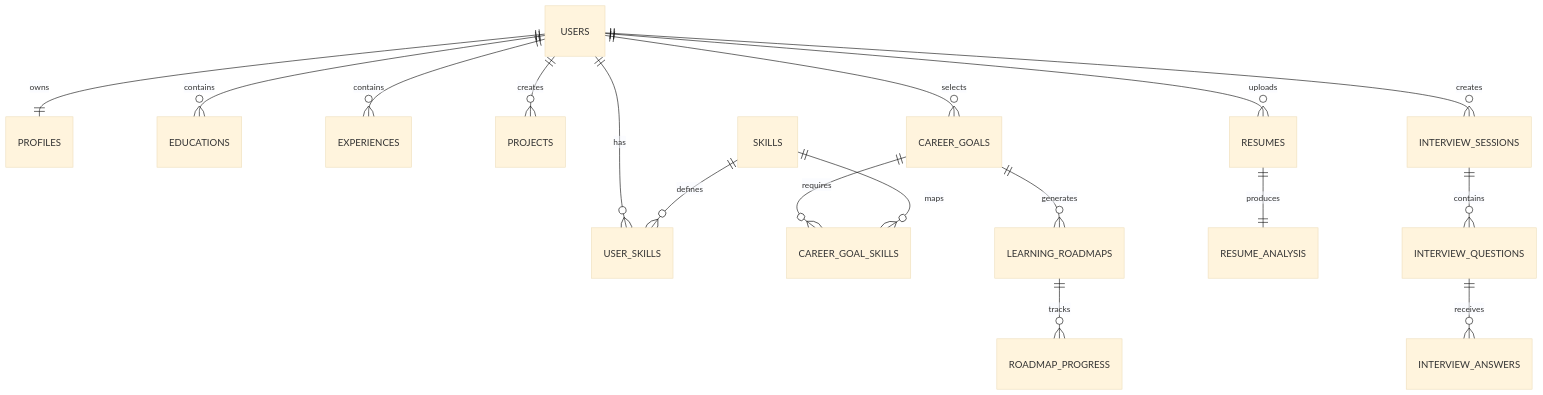
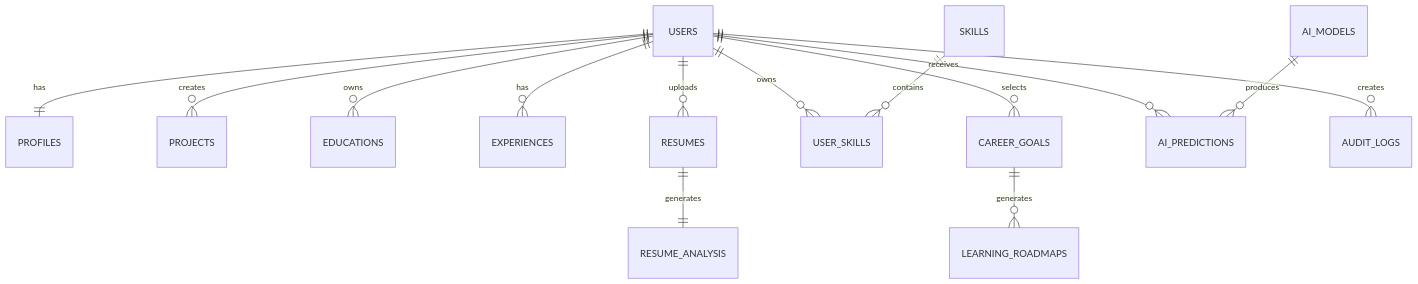
The third of 16 diagrams in documentation/04-database-design.md (kupiMZS/CareerIQ-AI), drawn with Mermaid before and after one commit. The commit also changed other lines of this file and 9 other files, not shown here.

Commit message:
docs: finalize complete system documentation and architecture foundation

````diff
--- a/documentation/04-database-design.md
+++ b/documentation/04-database-design.md
@@ -543,49 +884,38 @@
 ```mermaid
-%%{init:{
-'theme':'base',
-'themeVariables':{
-'fontFamily':'Inter'
-}
-}}%%
-
-
 erDiagram
 
 
-USERS ||--|| PROFILES : owns
-
-USERS ||--o{ EDUCATIONS : contains
-
-USERS ||--o{ EXPERIENCES : contains
+USERS ||--|| PROFILES : has
 
 USERS ||--o{ PROJECTS : creates
 
+USERS ||--o{ EDUCATIONS : owns
+
+USERS ||--o{ EXPERIENCES : has
+
 USERS ||--o{ RESUMES : uploads
 
-USERS ||--o{ USER_SKILLS : has
 
-SKILLS ||--o{ USER_SKILLS : defines
+RESUMES ||--|| RESUME_ANALYSIS : generates
+
+
+USERS ||--o{ USER_SKILLS : owns
+
+SKILLS ||--o{ USER_SKILLS : contains
 
 
 USERS ||--o{ CAREER_GOALS : selects
 
-CAREER_GOALS ||--o{ CAREER_GOAL_SKILLS : requires
-
-SKILLS ||--o{ CAREER_GOAL_SKILLS : maps
-
 
 CAREER_GOALS ||--o{ LEARNING_ROADMAPS : generates
 
-LEARNING_ROADMAPS ||--o{ ROADMAP_PROGRESS : tracks
+
+USERS ||--o{ AI_PREDICTIONS : receives
 
 
-RESUMES ||--|| RESUME_ANALYSIS : produces
+AI_MODELS ||--o{ AI_PREDICTIONS : produces
 
 
-USERS ||--o{ INTERVIEW_SESSIONS : creates
-
-INTERVIEW_SESSIONS ||--o{ INTERVIEW_QUESTIONS : contains
-
-INTERVIEW_QUESTIONS ||--o{ INTERVIEW_ANSWERS : receives
+USERS ||--o{ AUDIT_LOGS : creates
 
 ```
````
